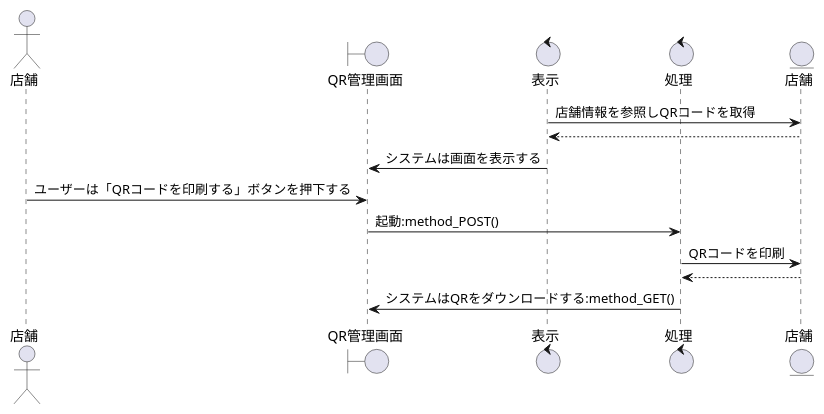
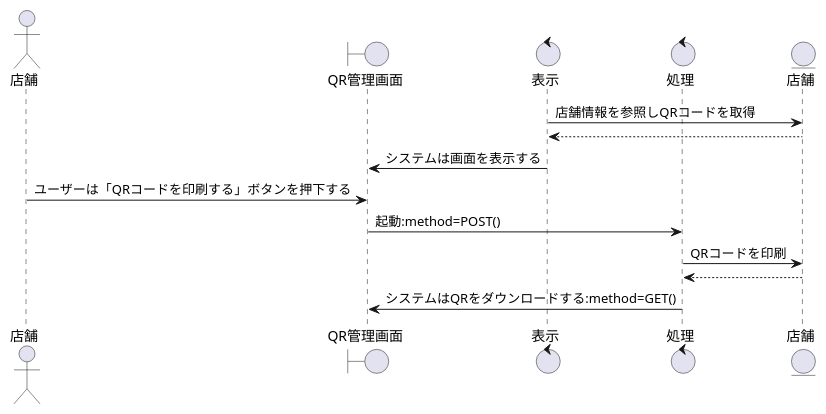
Before and after one commit to irukacb256/high_Me: the diagram in sequence_fig/8_storeside_fn/12_QRコードを印刷する.pu, drawn with PlantUML. The commit also changed 13 other files, not shown here.

```diff
--- a/sequence_fig/8_storeside_fn/12_QRコードを印刷する.pu
+++ b/sequence_fig/8_storeside_fn/12_QRコードを印刷する.pu
@@ -1,19 +1,19 @@
 @startuml QRコードを印刷する
 
 actor 店舗 as cp1
 boundary QR管理画面 as b1
 control 表示 as co1
 control 処理 as co2
 
 entity 店舗 as ac1
 
 co1 -> ac1 : 店舗情報を参照しQRコードを取得
 co1 <-- ac1
 b1 <- co1 : システムは画面を表示する
 cp1 -> b1 : ユーザーは「QRコードを印刷する」ボタンを押下する
-b1 -> co2 : 起動:method_POST()
+b1 -> co2 : 起動:method=POST()
 co2 -> ac1 : QRコードを印刷
 co2 <-- ac1 
-co2 -> b1 : システムはQRをダウンロードする:method_GET()
+co2 -> b1 : システムはQRをダウンロードする:method=GET()
 
 @enduml
```
